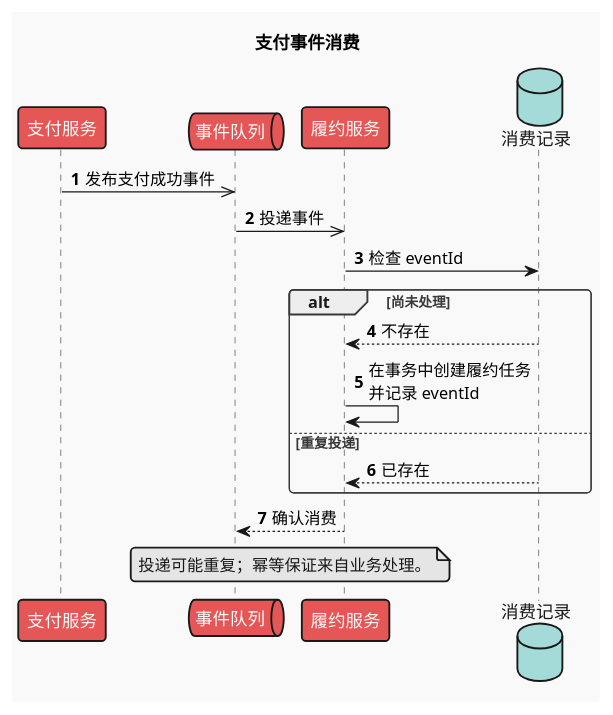
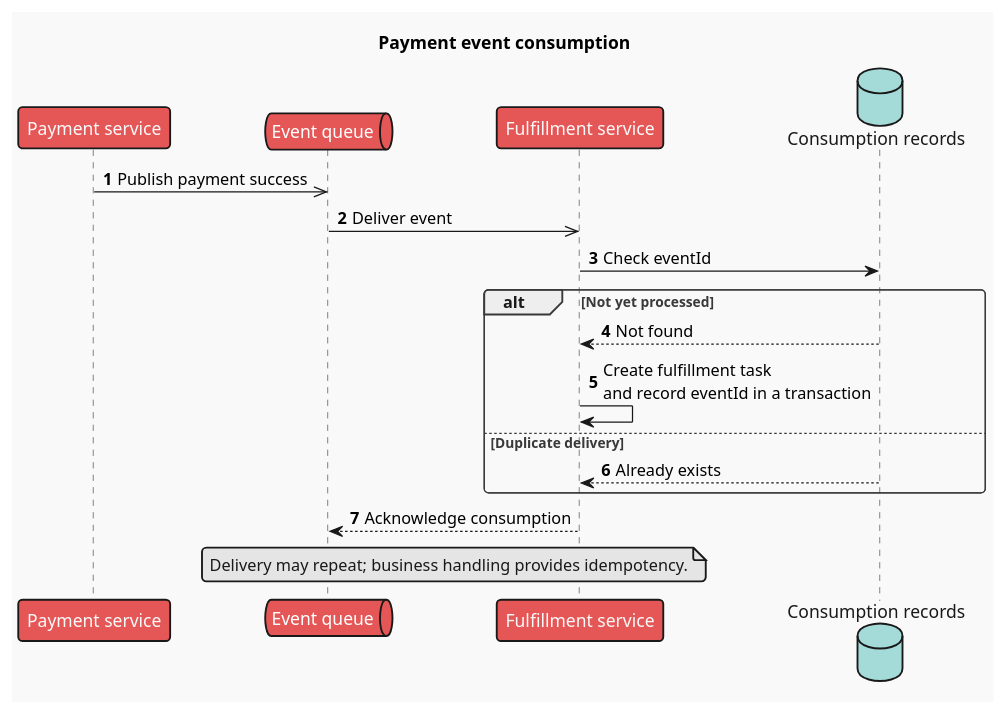
One commit to def-peter/fuxian changed the second of 2 diagrams in skills/fuxian-diagram/references/plantuml/sequence.md. Above: the diagram before and after it, drawn with PlantUML. The commit also changed other lines of this file and 43 other files, not shown here.

Commit message:
feat(skills): internationalize diagram guides and expand type selection

````diff
--- a/skills/fuxian-diagram/references/plantuml/sequence.md
+++ b/skills/fuxian-diagram/references/plantuml/sequence.md
@@ -39,24 +39,24 @@
 ```plantuml
 @startuml
 !theme mars
-title 支付事件消费
+title Payment event consumption
 autonumber
-participant "支付服务" as Payment
-queue "事件队列" as Queue
-participant "履约服务" as Fulfillment
-database "消费记录" as Records
-Payment ->> Queue : 发布支付成功事件
-Queue ->> Fulfillment : 投递事件
-Fulfillment -> Records : 检查 eventId
-alt 尚未处理
-  Records --> Fulfillment : 不存在
-  Fulfillment -> Fulfillment : 在事务中创建履约任务\n并记录 eventId
-else 重复投递
-  Records --> Fulfillment : 已存在
+participant "Payment service" as Payment
+queue "Event queue" as Queue
+participant "Fulfillment service" as Fulfillment
+database "Consumption records" as Records
+Payment ->> Queue : Publish payment success
+Queue ->> Fulfillment : Deliver event
+Fulfillment -> Records : Check eventId
+alt Not yet processed
+  Records --> Fulfillment : Not found
+  Fulfillment -> Fulfillment : Create fulfillment task\nand record eventId in a transaction
+else Duplicate delivery
+  Records --> Fulfillment : Already exists
 end
-Fulfillment --> Queue : 确认消费
+Fulfillment --> Queue : Acknowledge consumption
 note over Queue, Fulfillment
-投递可能重复；幂等保证来自业务处理。
+Delivery may repeat; business handling provides idempotency.
 end note
 @enduml
 ```
````
